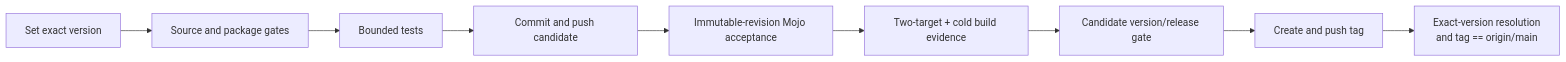
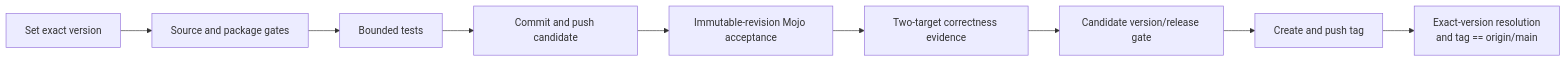
Before and after one commit to 1amageek/swift-mojo: the diagram in docs/RELEASING.md, drawn with Mermaid. The commit also changed other lines of this file and 96 other files, not shown here.

````diff
--- a/docs/RELEASING.md
+++ b/docs/RELEASING.md
@@ -7,11 +7,11 @@
 ```mermaid
 flowchart LR
     V["Set exact version"] --> S["Source and package gates"]
     S --> T["Bounded tests"]
     T --> P["Commit and push candidate"]
     P --> A["Immutable-revision Mojo acceptance"]
-    A --> M["Two-target + cold build evidence"]
+    A --> M["Two-target correctness evidence"]
     M --> F["Candidate version/release gate"]
     F --> G["Create and push tag"]
     G --> E["Exact-version resolution<br/>and tag == origin/main"]
 ```
````
